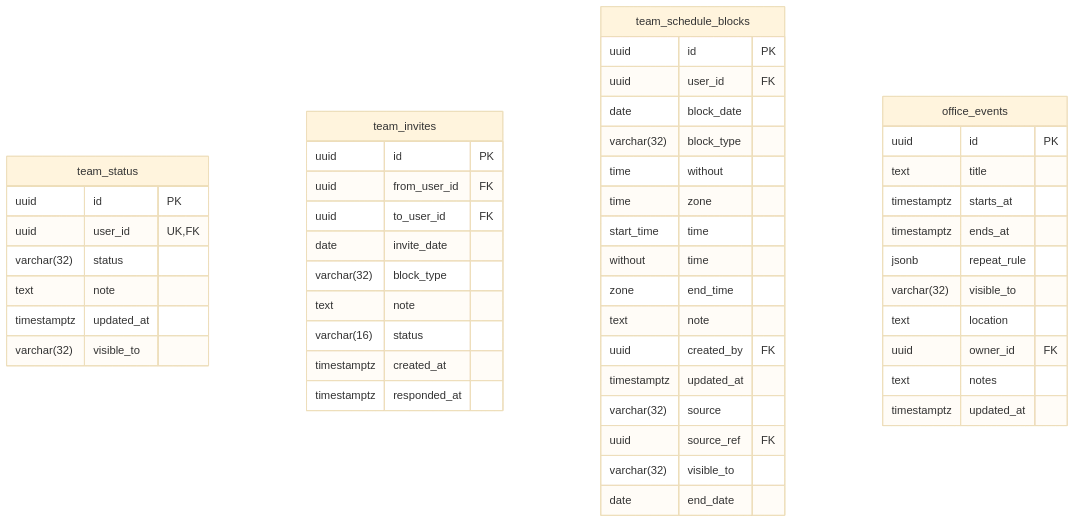
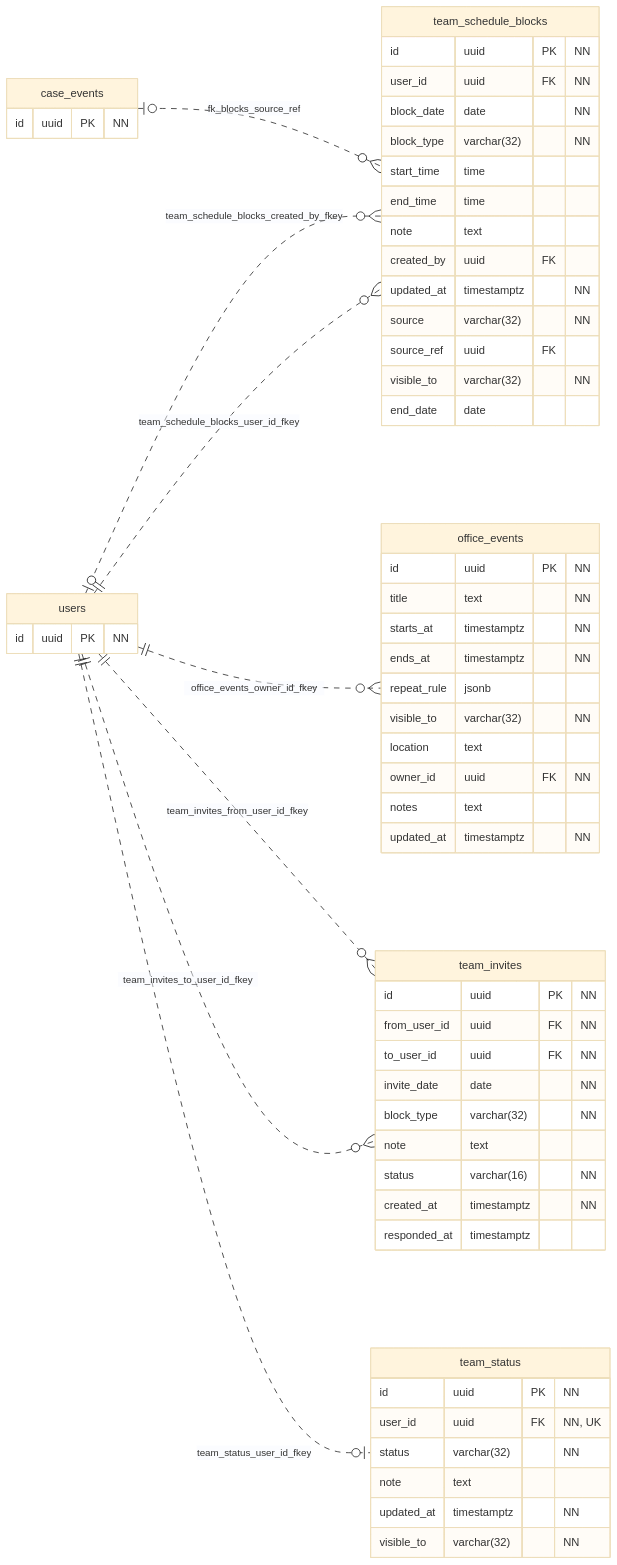
Before and after one commit to urlsalimbot/THESIS1-KAPWA: the tenth of 12 diagrams in docs/diagrams/06-erd.md, drawn with Mermaid (base theme). The commit also changed other lines of this file and 2 other files, not shown here.

First line of the commit message:
docs(diagrams): rework the ERD into Oracle physical notation, generated

````diff
--- a/docs/diagrams/06-erd.md
+++ b/docs/diagrams/06-erd.md
@@ -1676,53 +797,63 @@
 ```mermaid
 erDiagram
+    direction LR
     "team_status" {
-        uuid id PK
-        uuid user_id UK, FK
-        varchar(32) status
-        text note
-        timestamptz updated_at
-        varchar(32) visible_to
+        id uuid PK "NN"
+        user_id uuid FK "NN, UK"
+        status varchar(32) "NN"
+        note text
+        updated_at timestamptz "NN"
+        visible_to varchar(32) "NN"
     }
-
     "team_invites" {
-        uuid id PK
-        uuid from_user_id FK
-        uuid to_user_id FK
-        date invite_date
-        varchar(32) block_type
-        text note
-        varchar(16) status
-        timestamptz created_at
-        timestamptz responded_at
+        id uuid PK "NN"
+        from_user_id uuid FK "NN"
+        to_user_id uuid FK "NN"
+        invite_date date "NN"
+        block_type varchar(32) "NN"
+        note text
+        status varchar(16) "NN"
+        created_at timestamptz "NN"
+        responded_at timestamptz
     }
-
     "team_schedule_blocks" {
-        uuid id PK
-        uuid user_id FK
-        date block_date
-        varchar(32) block_type
-        time without time zone start_time
-        time without time zone end_time
-        text note
-        uuid created_by FK
-        timestamptz updated_at
-        varchar(32) source
-        uuid source_ref FK
-        varchar(32) visible_to
-        date end_date
+        id uuid PK "NN"
+        user_id uuid FK "NN"
+        block_date date "NN"
+        block_type varchar(32) "NN"
+        start_time time
+        end_time time
+        note text
+        created_by uuid FK
+        updated_at timestamptz "NN"
+        source varchar(32) "NN"
+        source_ref uuid FK
+        visible_to varchar(32) "NN"
+        end_date date
     }
-
     "office_events" {
-        uuid id PK
-        text title
-        timestamptz starts_at
-        timestamptz ends_at
-        jsonb repeat_rule
-        varchar(32) visible_to
-        text location
-        uuid owner_id FK
-        text notes
-        timestamptz updated_at
+        id uuid PK "NN"
+        title text "NN"
+        starts_at timestamptz "NN"
+        ends_at timestamptz "NN"
+        repeat_rule jsonb
+        visible_to varchar(32) "NN"
+        location text
+        owner_id uuid FK "NN"
+        notes text
+        updated_at timestamptz "NN"
     }
-
+    "case_events" {
+        id uuid PK "NN"
+    }
+    "users" {
+        id uuid PK "NN"
+    }
+    "case_events" o|..o{ "team_schedule_blocks" : "fk_blocks_source_ref"
+    "users" o|..o{ "team_schedule_blocks" : "team_schedule_blocks_created_by_fkey"
+    "users" ||..o{ "office_events" : "office_events_owner_id_fkey"
+    "users" ||..o{ "team_invites" : "team_invites_from_user_id_fkey"
+    "users" ||..o{ "team_invites" : "team_invites_to_user_id_fkey"
+    "users" ||..o{ "team_schedule_blocks" : "team_schedule_blocks_user_id_fkey"
+    "users" ||..o| "team_status" : "team_status_user_id_fkey"
 ```
````
